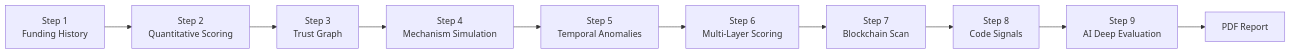
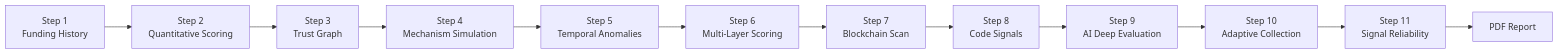
The fourth of 8 diagrams in README.md (yeheskieltame/Tessera), drawn with Mermaid before and after one commit. The commit also changed other lines of this file and 18 other files, not shown here.

First line of the commit message:
Add Signal Quality Framework, adaptive collection, 9 data sources, donor profiling

````diff
--- a/README.md
+++ b/README.md
@@ -235,12 +266,14 @@
 ```mermaid
 flowchart LR
     S1[Step 1<br/>Funding History] --> S2[Step 2<br/>Quantitative Scoring]
     S2 --> S3[Step 3<br/>Trust Graph]
     S3 --> S4[Step 4<br/>Mechanism Simulation]
     S4 --> S5[Step 5<br/>Temporal Anomalies]
     S5 --> S6[Step 6<br/>Multi-Layer Scoring]
     S6 --> S7[Step 7<br/>Blockchain Scan]
     S7 --> S8[Step 8<br/>Code Signals]
     S8 --> S9[Step 9<br/>AI Deep Evaluation]
-    S9 --> PDF[PDF Report]
+    S9 --> S10[Step 10<br/>Adaptive Collection]
+    S10 --> S11[Step 11<br/>Signal Reliability]
+    S11 --> PDF[PDF Report]
 ```
````
